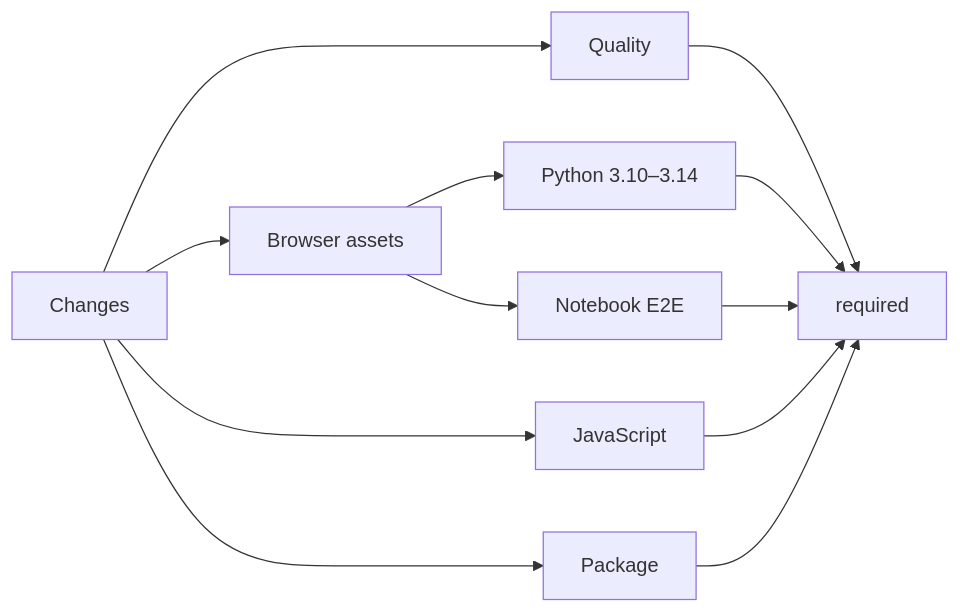
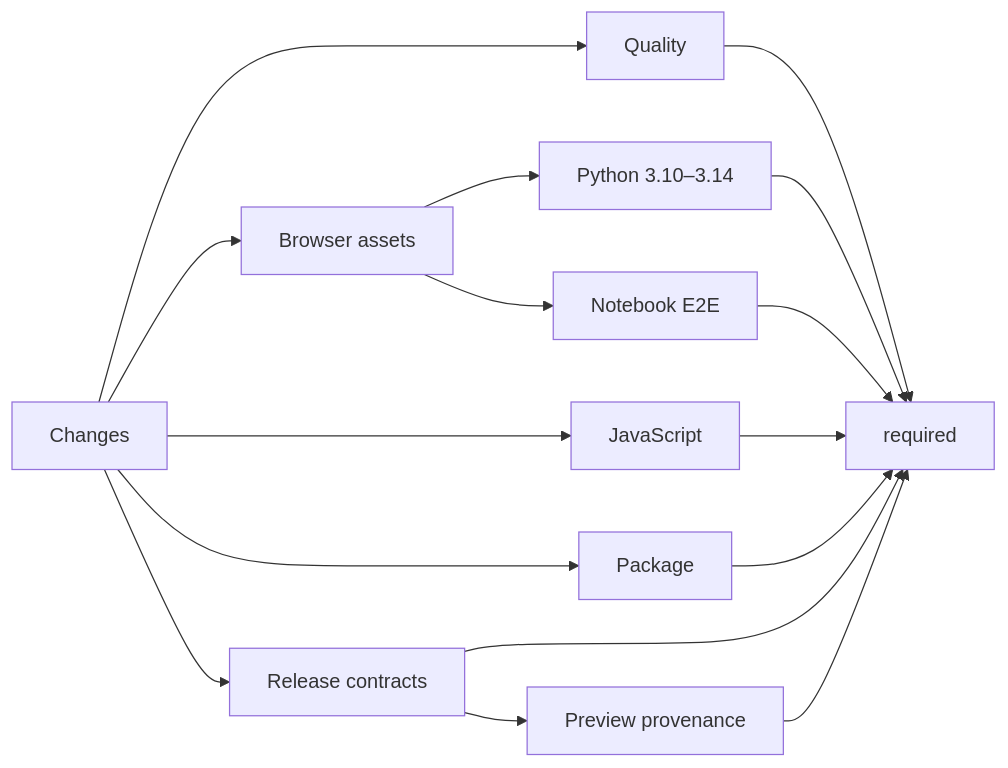
Before and after one commit to marimo-team/marimo-lens: the diagram in development_docs/testing.md, drawn with Mermaid. The commit also changed other lines of this file and 11 other files, not shown here.

````diff
--- a/development_docs/testing.md
+++ b/development_docs/testing.md
@@ -264,14 +265,18 @@
 ```mermaid
 flowchart LR
     changes[Changes] --> quality[Quality]
     changes --> browser[Browser assets]
     changes --> javascript[JavaScript]
     changes --> package[Package]
+    changes --> release[Release contracts]
+    release --> provenance[Preview provenance]
     browser --> python[Python 3.10–3.14]
     browser --> e2e[Notebook E2E]
     quality --> required
     python --> required
     e2e --> required
     javascript --> required
     package --> required
+    release --> required
+    provenance --> required
 ```
````
